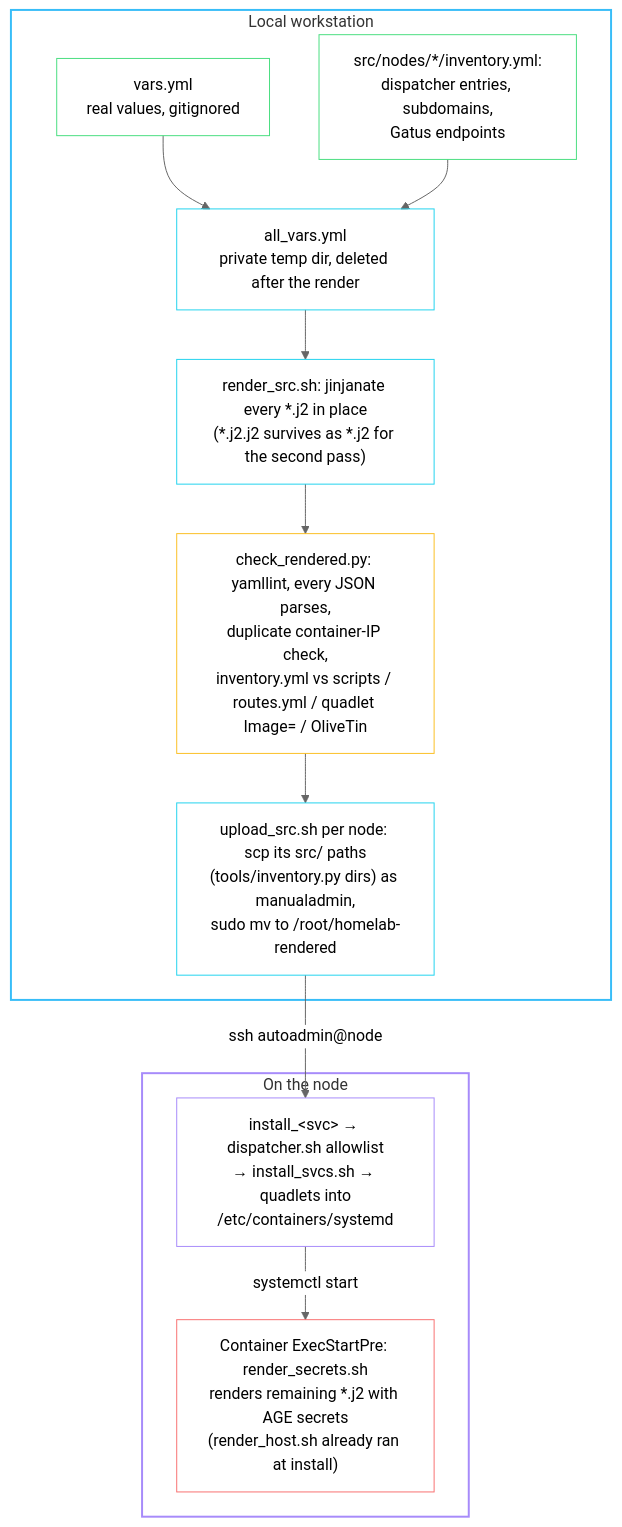
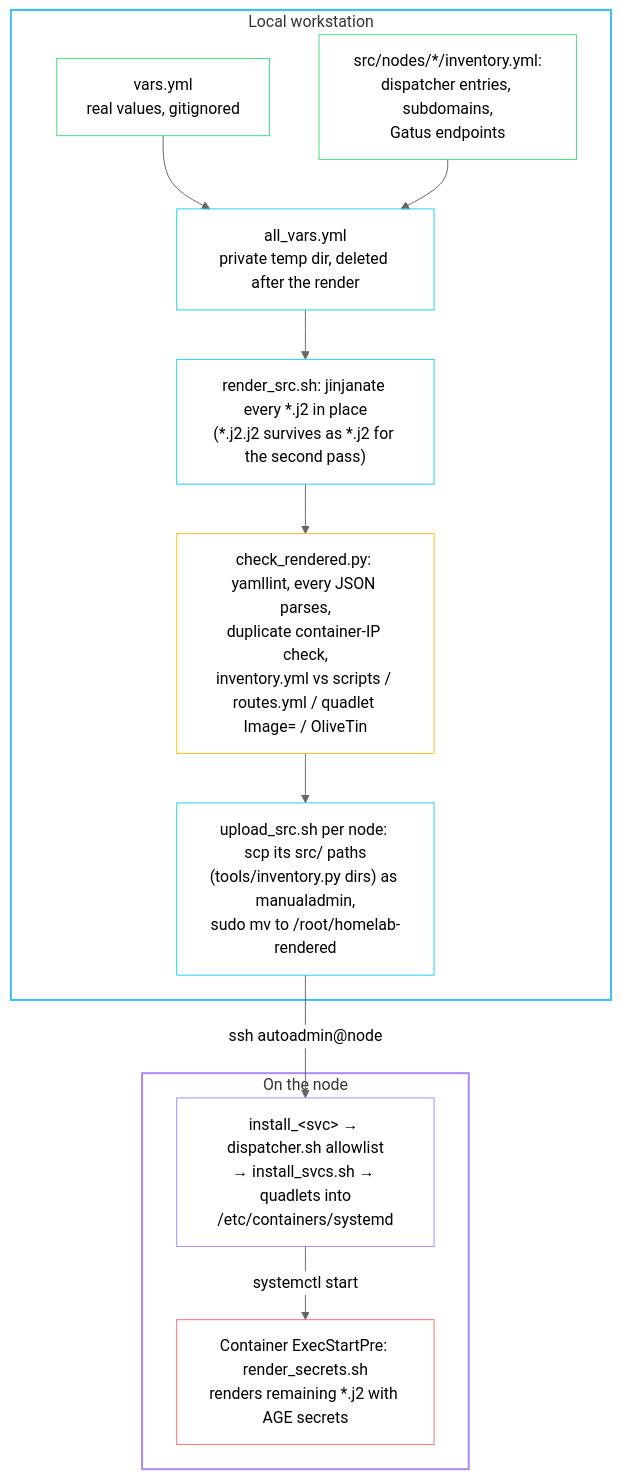
The diagram in docs/development.md (babraham123/homelab), drawn with Mermaid (neutral theme) before and after one commit. The commit also changed other lines of this file and 89 other files, not shown here.

First line of the commit message:
second pass: drop-ins replace render_host, Alertmanager reads secret files, [[ ]] delimiters

````diff
--- a/docs/development.md
+++ b/docs/development.md
@@ -99,35 +101,35 @@
 ```mermaid
 flowchart TB
     subgraph local["Local workstation"]
         vars["vars.yml<br/>real values, gitignored"]
         inventory["src/nodes/*/inventory.yml:<br/>dispatcher entries, subdomains,<br/>Gatus endpoints"]
         allvars["all_vars.yml<br/>private temp dir, deleted after the render"]
         render["render_src.sh: jinjanate every *.j2 in place<br/>(*.j2.j2 survives as *.j2 for the second pass)"]
         validate["check_rendered.py: yamllint, every JSON parses,<br/>duplicate container-IP check,<br/>inventory.yml vs scripts / routes.yml / quadlet Image= / OliveTin"]
         upload["upload_src.sh per node: scp its src/ paths<br/>(tools/inventory.py dirs) as manualadmin,<br/>sudo mv to /root/homelab-rendered"]
     end
 
     subgraph node["On the node"]
         dispatch["install_&lt;svc&gt; → dispatcher.sh allowlist<br/>→ install_svcs.sh → quadlets into<br/>/etc/containers/systemd"]
-        second["Container ExecStartPre: render_secrets.sh<br/>renders remaining *.j2 with AGE secrets<br/>(render_host.sh already ran at install)"]
+        second["Container ExecStartPre: render_secrets.sh<br/>renders remaining *.j2 with AGE secrets"]
     end
 
     vars --> allvars
     inventory --> allvars
     allvars --> render --> validate --> upload
     upload -- "ssh autoadmin@node" --> dispatch
     dispatch -- "systemctl start" --> second
 
     style local stroke:#38bdf8,stroke-width:2px,fill:transparent
     style node stroke:#a78bfa,stroke-width:2px,fill:transparent
     classDef input stroke:#4ade80,fill:transparent
     classDef step stroke:#22d3ee,fill:transparent
     classDef onnode stroke:#a78bfa,fill:transparent
     classDef check stroke:#fbbf24,fill:transparent
     classDef secret stroke:#f87171,fill:transparent
     class vars,inventory input
     class allvars,render,upload step
     class dispatch onnode
     class validate check
     class second secret
 ```
````
